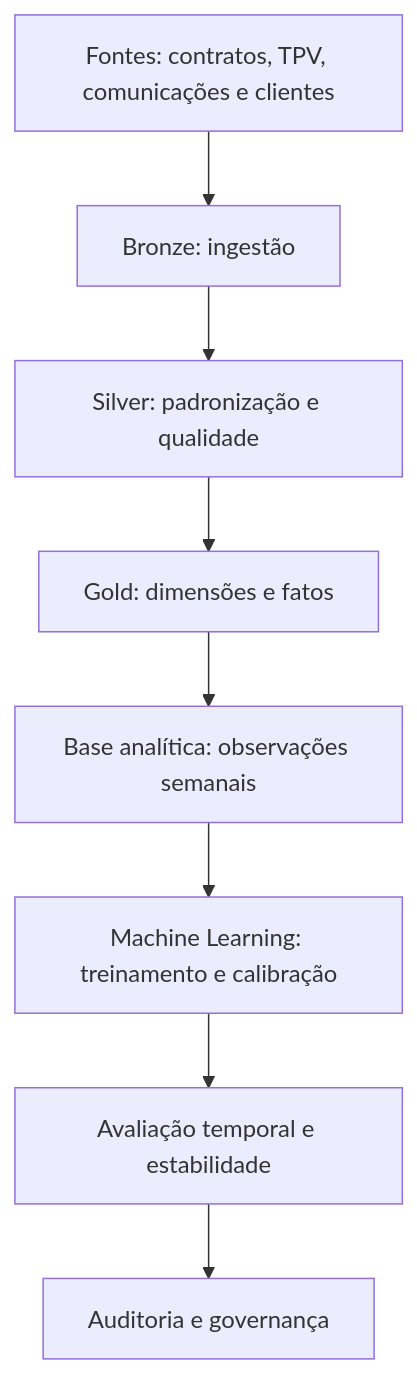
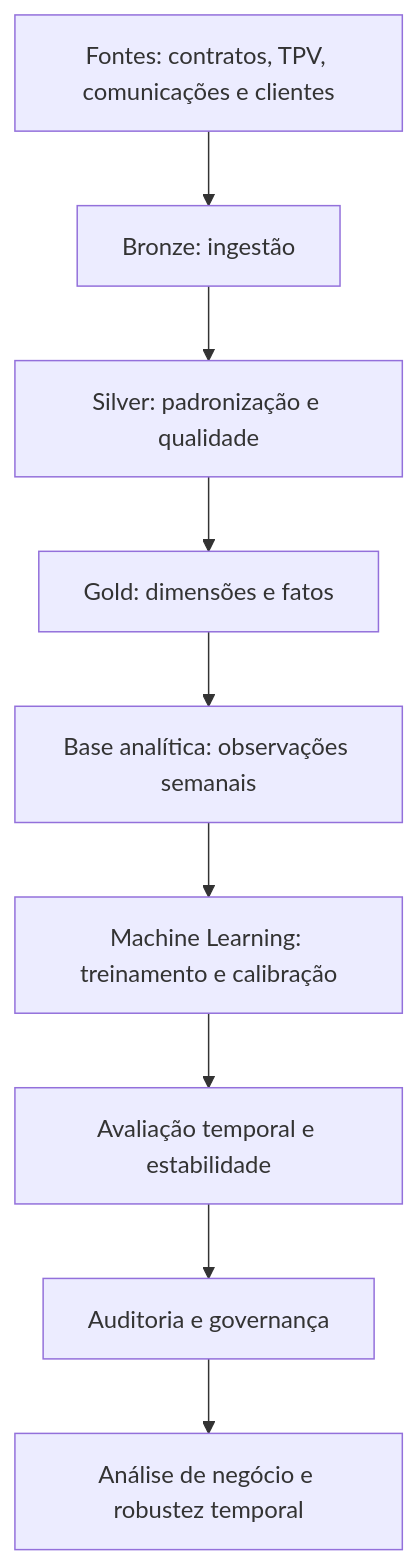
The diagram in README.md (rafaelporfiriobarros/stone-data-challenge), drawn with Mermaid before and after one commit. The commit also changed other lines of this file, not shown here.

````diff
--- a/README.md
+++ b/README.md
@@ -25,13 +25,14 @@
 ```mermaid
 flowchart TD
     A["Fontes: contratos, TPV, comunicações e clientes"]
     B["Bronze: ingestão"]
     C["Silver: padronização e qualidade"]
     D["Gold: dimensões e fatos"]
     E["Base analítica: observações semanais"]
     F["Machine Learning: treinamento e calibração"]
     G["Avaliação temporal e estabilidade"]
     H["Auditoria e governança"]
+    I["Análise de negócio e robustez temporal"]
 
-    A --> B --> C --> D --> E --> F --> G --> H
+    A --> B --> C --> D --> E --> F --> G --> H --> I
 ```
````
